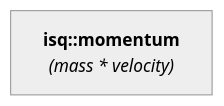
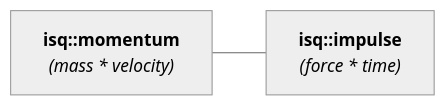
The diagram in docs/reference/systems_reference/hierarchies/momentum.md (mpusz/mp-units), drawn with Mermaid (neutral theme) before and after one commit. The commit also changed 38 other files, not shown here.

````diff
--- a/docs/reference/systems_reference/hierarchies/momentum.md
+++ b/docs/reference/systems_reference/hierarchies/momentum.md
@@ -8,4 +8,6 @@
 ```mermaid
 flowchart LR
     isq_momentum["<b><a href="../../systems/isq/#momentum" style="color: var(--md-mermaid-label-fg-color); text-decoration: none;">isq::momentum</a></b><br><i>(<a href="../../systems/isq/#mass" style="color: var(--md-mermaid-label-fg-color); text-decoration: none;">mass</a> * <a href="../../systems/isq/#velocity" style="color: var(--md-mermaid-label-fg-color); text-decoration: none;">velocity</a>)</i>"]
+    isq_impulse["<b><a href="../../systems/isq/#impulse" style="color: var(--md-mermaid-label-fg-color); text-decoration: none;">isq::impulse</a></b><br><i>(<a href="../../systems/isq/#force" style="color: var(--md-mermaid-label-fg-color); text-decoration: none;">force</a> * <a href="../../systems/isq/#time" style="color: var(--md-mermaid-label-fg-color); text-decoration: none;">time</a>)</i>"]
+    isq_momentum --- isq_impulse
 ```
````
